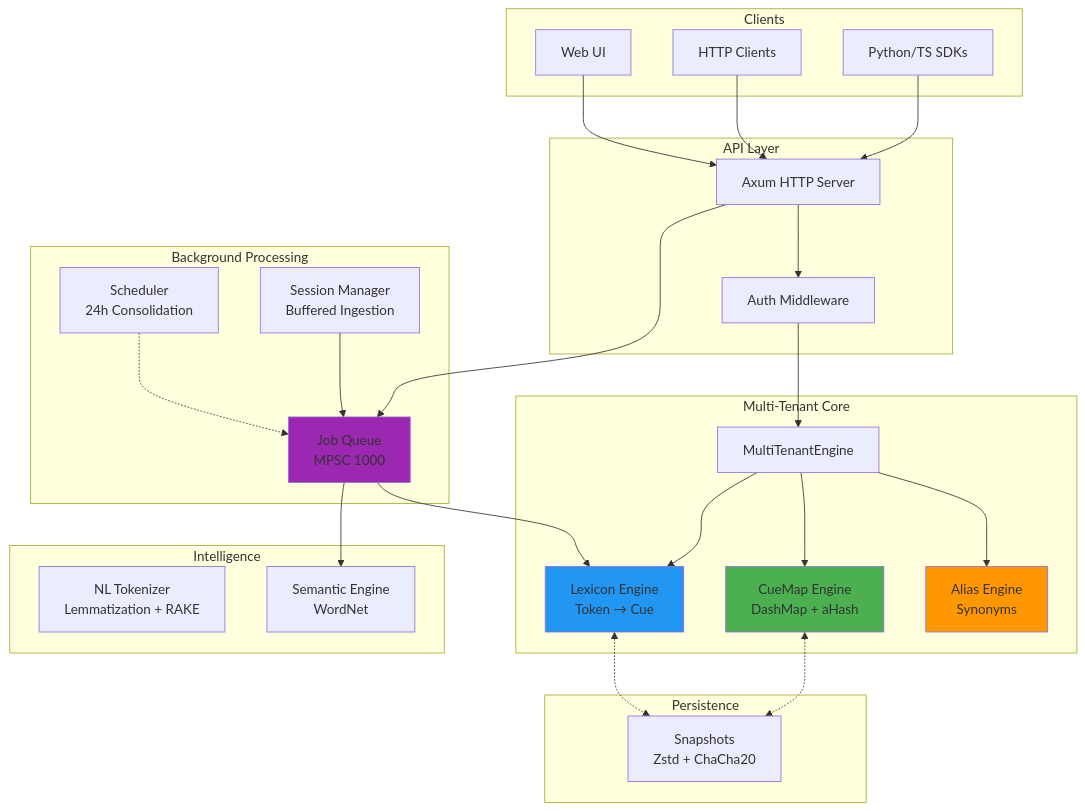
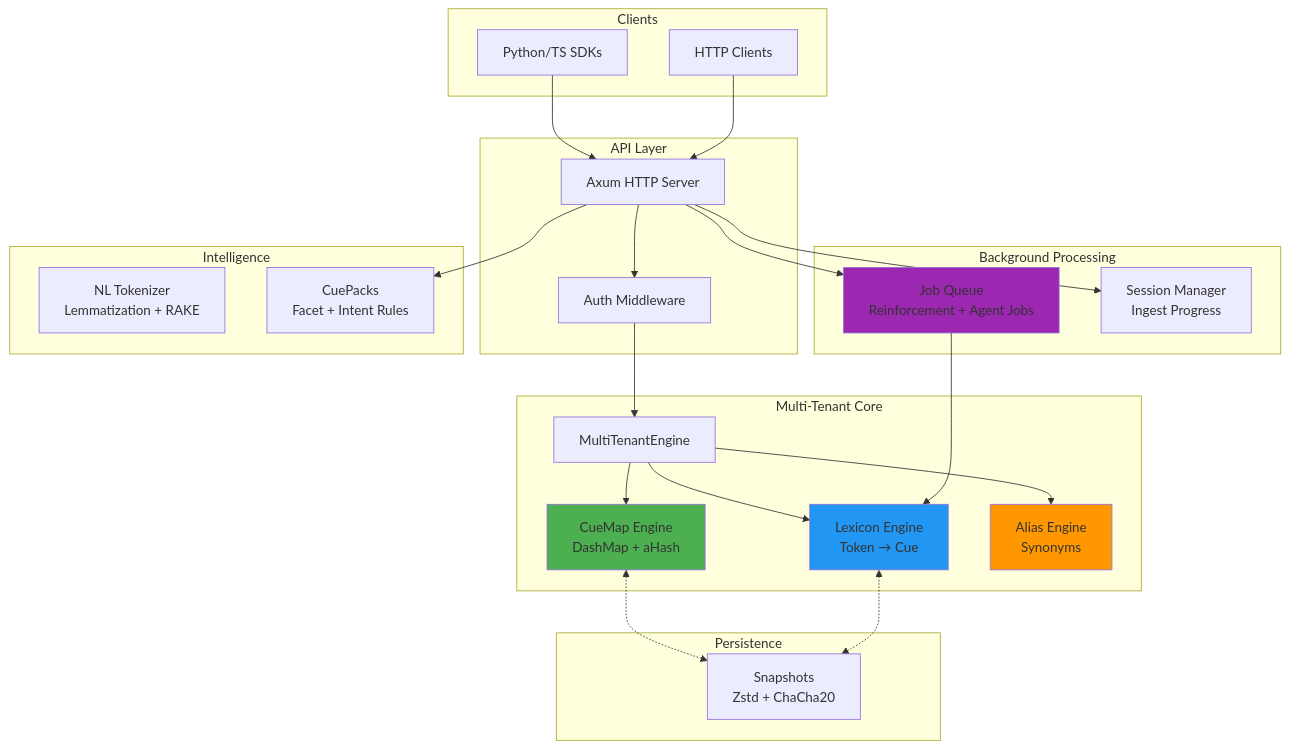
The first of 4 diagrams in README.md (cuemap-dev/cuemap), drawn with Mermaid before and after one commit. The commit also changed other lines of this file and 93 other files, not shown here.

````diff
--- a/README.md
+++ b/README.md
@@ -743,59 +766,55 @@
 ```mermaid
 graph TB
     subgraph "Clients"
         SDK[Python/TS SDKs]
         CURL[HTTP Clients]
-        UI[Web UI]
     end
     
     subgraph "API Layer"
         AXUM[Axum HTTP Server]
         AUTH[Auth Middleware]
     end
     
     subgraph "Multi-Tenant Core"
         MT[MultiTenantEngine]
         MAIN[CueMap Engine<br/>DashMap + aHash]
         LEX[Lexicon Engine<br/>Token → Cue]
         ALIAS[Alias Engine<br/>Synonyms]
     end
     
     subgraph "Background Processing"
-        QUEUE[Job Queue<br/>MPSC 1000]
-        SESSION[Session Manager<br/>Buffered Ingestion]
-        SCHED[Scheduler<br/>24h Consolidation]
+        QUEUE[Job Queue<br/>Reinforcement + Agent Jobs]
+        SESSION[Session Manager<br/>Ingest Progress]
     end
     
     subgraph "Intelligence"
         NL[NL Tokenizer<br/>Lemmatization + RAKE]
-        SEMANTIC[Semantic Engine<br/>WordNet]
+        PACKS[CuePacks<br/>Facet + Intent Rules]
     end
     
     subgraph "Persistence"
         PERSIST[Snapshots<br/>Zstd + ChaCha20]
     end
     
     SDK --> AXUM
     CURL --> AXUM
-    UI --> AXUM
     AXUM --> AUTH --> MT
     
     MT --> MAIN
     MT --> LEX
     MT --> ALIAS
     
     AXUM --> QUEUE
-    SESSION --> QUEUE
-    SCHED -.-> QUEUE
+    AXUM --> SESSION
     
-    QUEUE --> SEMANTIC
     QUEUE --> LEX
+    AXUM --> PACKS
     
     MAIN <-.-> PERSIST
     LEX <-.-> PERSIST
     
     style MAIN fill:#4CAF50
     style LEX fill:#2196F3
     style ALIAS fill:#FF9800
     style QUEUE fill:#9C27B0
 ```
````
